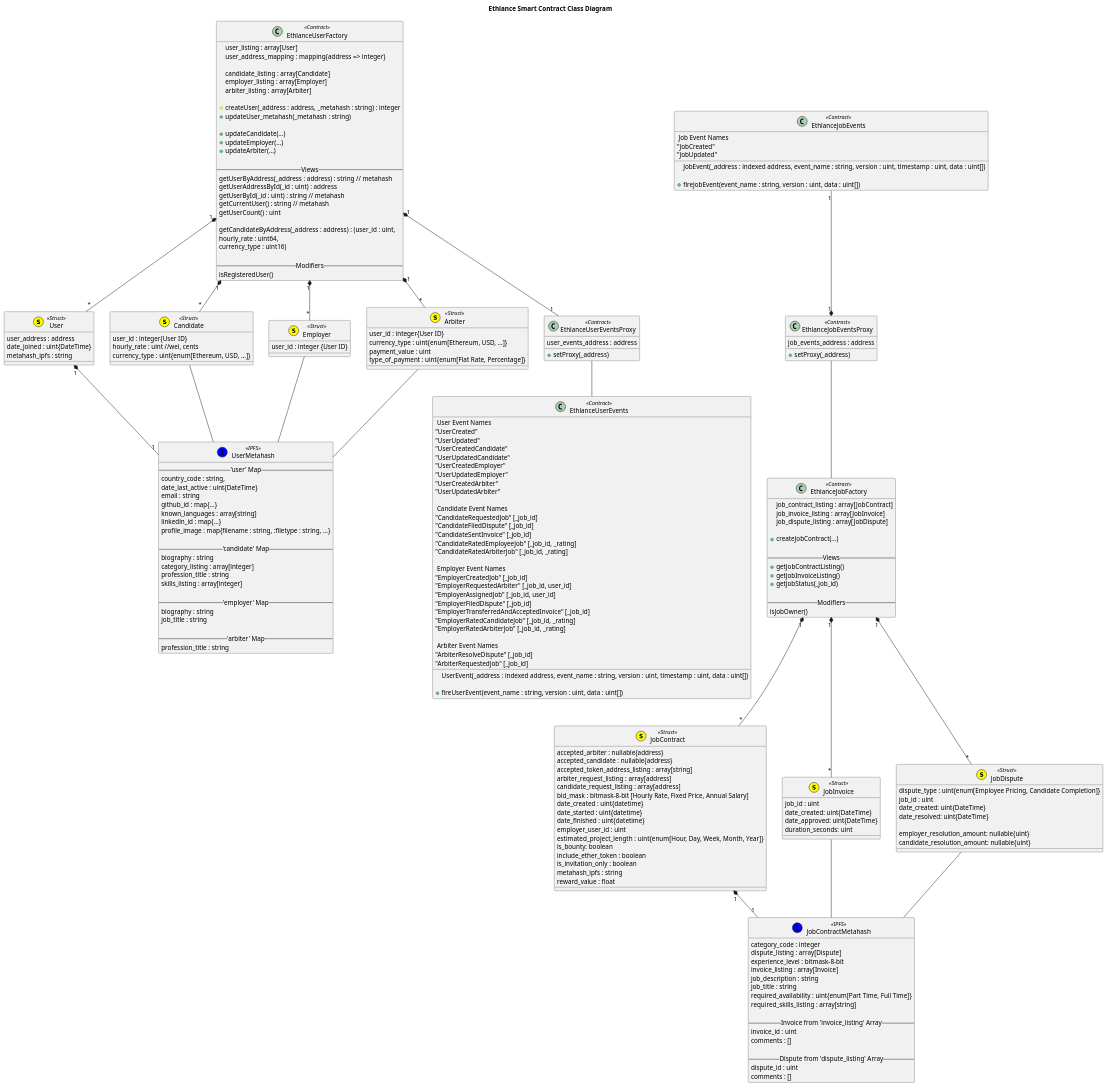
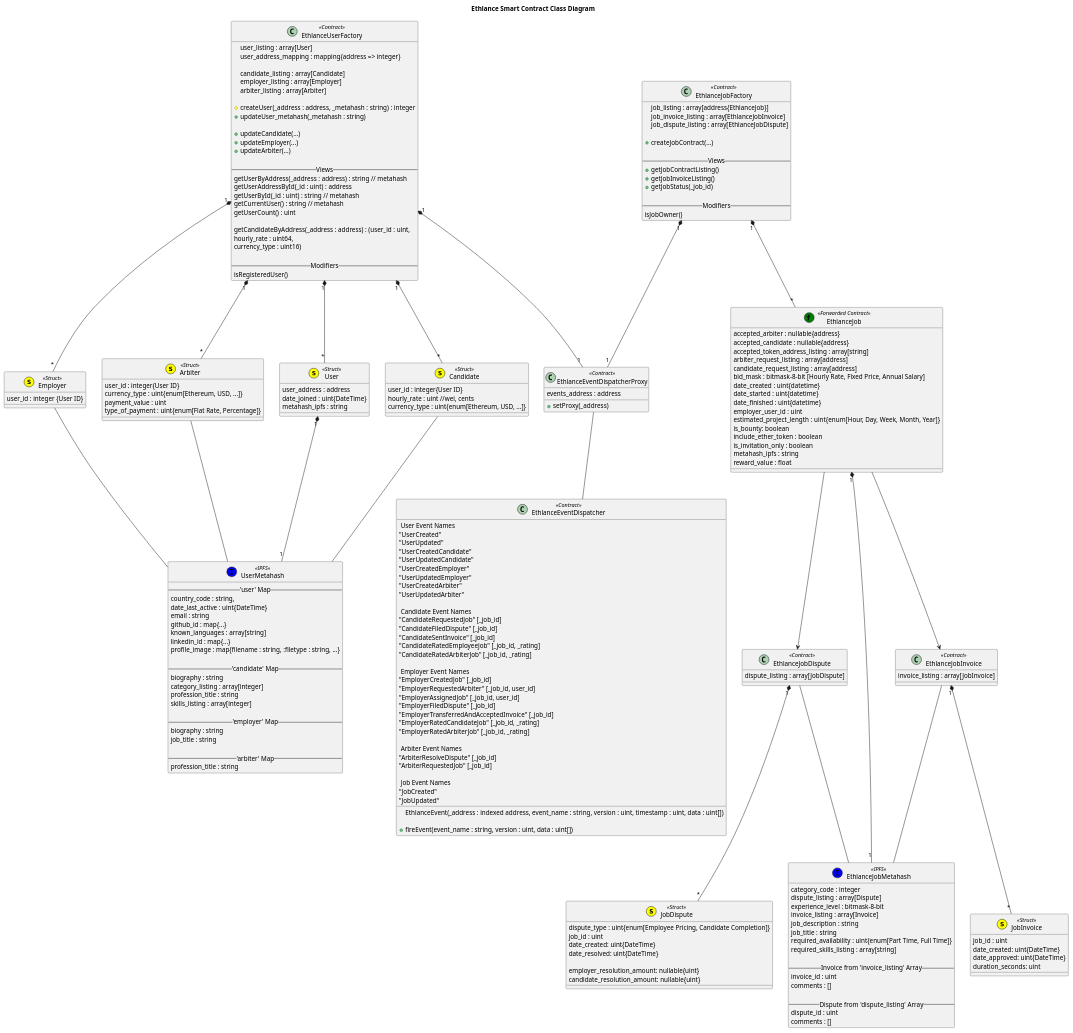
Before and after one commit to district0x/ethlance: the diagram in docs/spec/ethlance_smart_contracts.org, drawn with PlantUML. The commit also changed 1 other file, not shown here.

Commit message:
Updated Class Diagram

```diff
--- a/docs/spec/ethlance_smart_contracts.org
+++ b/docs/spec/ethlance_smart_contracts.org
@@ -155,18 +155,19 @@
     isRegisteredUser()
   }
 
-  EthlanceUserFactory "1" *-- "1" EthlanceUserEventsProxy
-  class EthlanceUserEventsProxy << Contract >> {
-    user_events_address : address
+  EthlanceUserFactory "1" *-- "1" EthlanceEventDispatcherProxy
+  EthlanceJobFactory "1" *-- "1" EthlanceEventDispatcherProxy
+  class EthlanceEventDispatcherProxy << Contract >> {
+    events_address : address
     +setProxy(_address)
   }
 
-  EthlanceUserEventsProxy -- EthlanceUserEvents
-  class EthlanceUserEvents << Contract >> {
+  EthlanceEventDispatcherProxy -- EthlanceEventDispatcher
+  class EthlanceEventDispatcher << Contract >> {
     
-    UserEvent(_address : indexed address, event_name : string, version : uint, timestamp : uint, data : uint[])
+    EthlanceEvent(_address : indexed address, event_name : string, version : uint, timestamp : uint, data : uint[])
 
-    +fireUserEvent(event_name : string, version : uint, data : uint[])
+    +fireEvent(event_name : string, version : uint, data : uint[])
 
     -- User Event Names --
     "UserCreated"
@@ -197,9 +198,13 @@
     -- Arbiter Event Names --
     "ArbiterResolveDispute" [_job_id]
     "ArbiterRequestedJob" [_job_id]
+
+    -- Job Event Names --
+    "JobCreated"
+    "JobUpdated"
   }
 
-  class JobContractMetahash << (I,blue) IPFS >> {
+  class EthlanceJobMetahash << (I,blue) IPFS >> {
     category_code : integer
     dispute_listing : array[Dispute]
     experience_level : bitmask-8-bit
@@ -218,8 +223,10 @@
     comments : []
   }
 
-  JobContract "1" *-- "1" JobContractMetahash
-  class JobContract << (s,yellow) Struct >> {
+  EthlanceJob "1" *-- "1" EthlanceJobMetahash
+  EthlanceJob --> EthlanceJobInvoice
+  EthlanceJob --> EthlanceJobDispute
+  class EthlanceJob << (f,green) Forwarded Contract >> {
     accepted_arbiter : nullable{address}
     accepted_candidate : nullable{address}
     accepted_token_address_listing : array[string]
@@ -238,7 +245,12 @@
     reward_value : float
   }
 
-  JobInvoice -- JobContractMetahash
+  EthlanceJobInvoice -- EthlanceJobMetahash
+  EthlanceJobInvoice "1" *-- "*" JobInvoice
+  class EthlanceJobInvoice << Contract >> {
+    invoice_listing : array[JobInvoice]
+  }
+
   class JobInvoice << (s,yellow) Struct >> {
     job_id : uint
     date_created: uint{DateTime}
@@ -246,7 +258,12 @@
     duration_seconds: uint
   }
 
-  JobDispute -- JobContractMetahash
+  EthlanceJobDispute -- EthlanceJobMetahash
+  EthlanceJobDispute "1" *-- "*" JobDispute
+  class EthlanceJobDispute << Contract >> {
+    dispute_listing : array[JobDispute]
+  }
+
   class JobDispute << (s,yellow) Struct >> {
     dispute_type : uint{enum[Employee Pricing, Candidate Completion]}
     job_id : uint
@@ -254,17 +271,14 @@
     date_resolved: uint{DateTime}
     
     employer_resolution_amount: nullable{uint}
-    candidate_resolution_amount: nullable{uint}
+    candidate_resolution_amount: nullable{uint}    
   }
 
-  EthlanceJobFactory "1" *-- "*" JobContract
-  EthlanceJobFactory "1" *-- "*" JobInvoice
-  EthlanceJobFactory "1" *-- "*" JobDispute
-
+  EthlanceJobFactory "1" *-- "*" EthlanceJob
   class EthlanceJobFactory << Contract >> {
-    job_contract_listing : array[JobContract]
-    job_invoice_listing : array[JobInvoice]
-    job_dispute_listing : array[JobDispute]
+    job_listing : array[address{EthlanceJob}]
+    job_invoice_listing : array[EthlanceJobInvoice]
+    job_dispute_listing : array[EthlanceJobDispute]
 
     +createJobContract(...)
 
@@ -277,22 +291,4 @@
     isJobOwner()
   }
 
-  EthlanceJobEventsProxy -- EthlanceJobFactory
-  class EthlanceJobEventsProxy << Contract >> {
-    job_events_address : address
-    +setProxy(_address)
-  }
-
-  EthlanceJobEvents "1" --* "1" EthlanceJobEventsProxy
-  class EthlanceJobEvents << Contract >> {
-
-    JobEvent(_address : indexed address, event_name : string, version : uint, timestamp : uint, data : uint[])
-
-    +fireJobEvent(event_name : string, version : uint, data : uint[])
-
-    -- Job Event Names --
-    "JobCreated"
-    "JobUpdated"
-  }
-
   #+END_SRC
```
